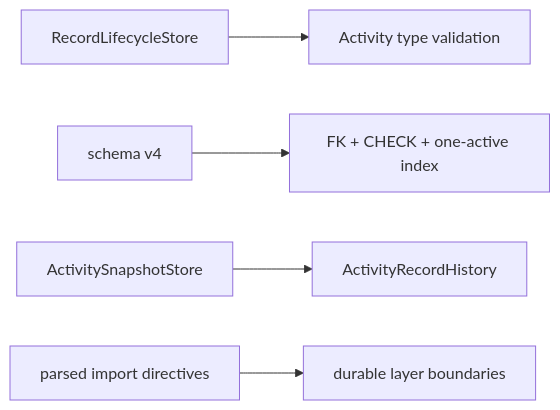
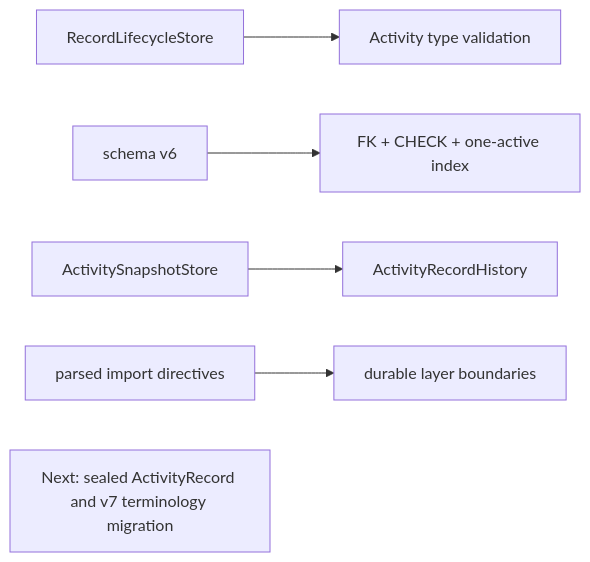
One commit to Guoyuer/eventTracker changed the sixth of 6 diagrams in docs/architecture/module-flow.md. Above: the diagram before and after it, drawn with Mermaid. The commit also changed other lines of this file and 6 other files, not shown here.

Commit message:
Reconcile documentation with current architecture

````diff
--- a/docs/architecture/module-flow.md
+++ b/docs/architecture/module-flow.md
@@ -168,7 +168,8 @@
 ```mermaid
 flowchart LR
   Lifecycle["RecordLifecycleStore"] --> TypeRules["Activity type validation"]
-  Database["schema v4"] --> Shape["FK + CHECK + one-active index"]
+  Database["schema v6"] --> Shape["FK + CHECK + one-active index"]
   Snapshot["ActivitySnapshotStore"] --> History["ActivityRecordHistory"]
   ParsedImports["parsed import directives"] --> Boundaries["durable layer boundaries"]
+  Next["Next: sealed ActivityRecord and v7 terminology migration"]
 ```
````
